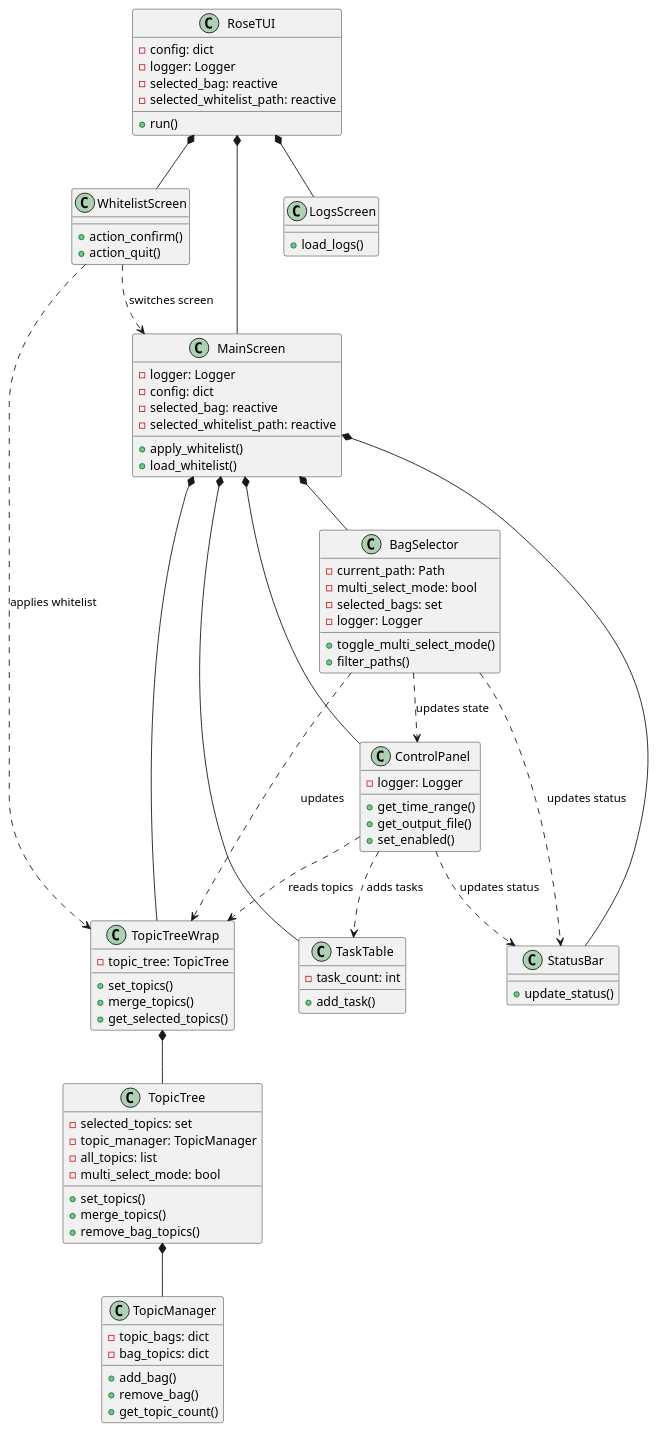
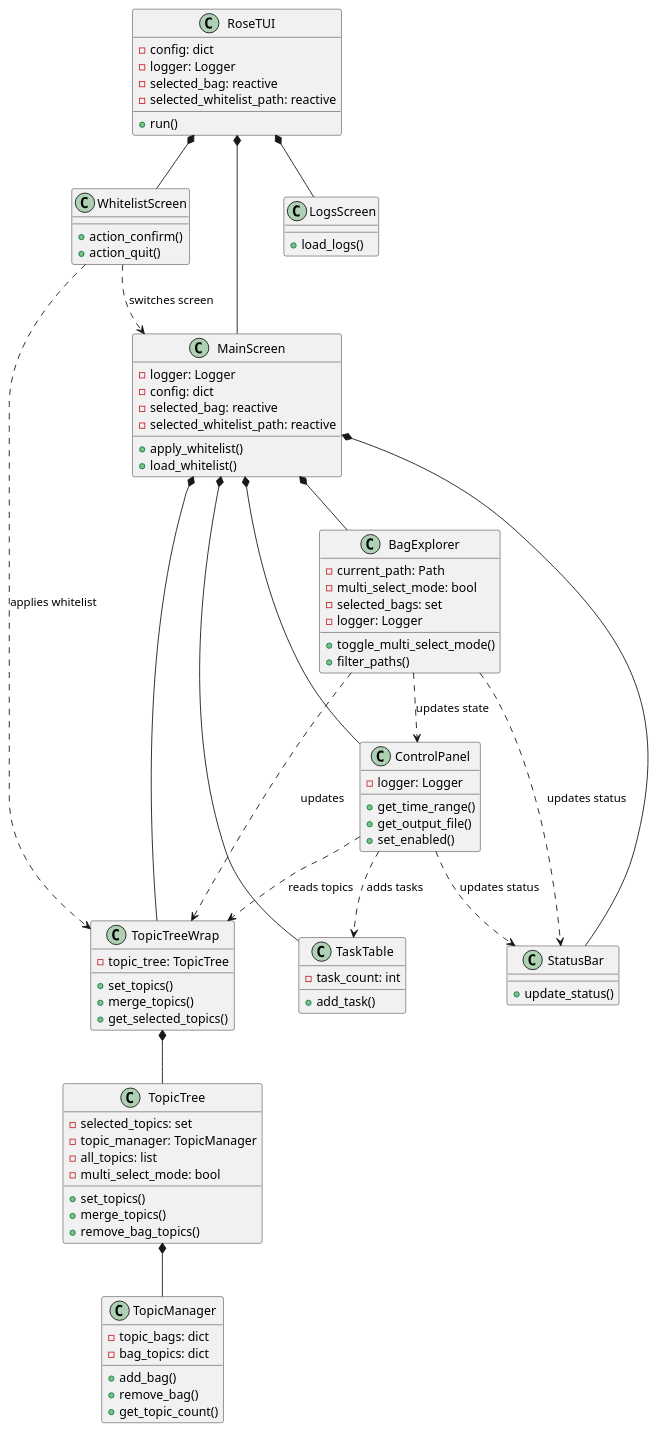
One commit to hanxiaomax/rose changed the diagram in docs/notes/dep.puml. Above: the diagram before and after it, drawn with PlantUML. The commit also changed 9 other files, not shown here.

```diff
--- a/docs/notes/dep.puml
+++ b/docs/notes/dep.puml
@@ -1,106 +1,106 @@
 @startuml TUI Components Relationship
 
 ' Define components
 class RoseTUI {
   - config: dict
   - logger: Logger
   - selected_bag: reactive
   - selected_whitelist_path: reactive
   + run()
 }
 
 class MainScreen {
   - logger: Logger
   - config: dict
   - selected_bag: reactive
   - selected_whitelist_path: reactive
   + apply_whitelist()
   + load_whitelist()
 }
 
 class TopicManager {
   - topic_bags: dict
   - bag_topics: dict
   + add_bag()
   + remove_bag()
   + get_topic_count()
 }
 
 class TopicTree {
   - selected_topics: set
   - topic_manager: TopicManager
   - all_topics: list
   - multi_select_mode: bool
   + set_topics()
   + merge_topics()
   + remove_bag_topics()
 }
 
 class TopicTreeWrap {
   - topic_tree: TopicTree
   + set_topics()
   + merge_topics()
   + get_selected_topics()
 }
 
-class BagSelector {
+class BagExplorer {
   - current_path: Path
   - multi_select_mode: bool
   - selected_bags: set
   - logger: Logger
   + toggle_multi_select_mode()
   + filter_paths()
 }
 
 class ControlPanel {
   - logger: Logger
   + get_time_range()
   + get_output_file()
   + set_enabled()
 }
 
 class TaskTable {
   - task_count: int
   + add_task()
 }
 
 class StatusBar {
   + update_status()
 }
 
 class WhitelistScreen {
   + action_confirm()
   + action_quit()
 }
 
 class LogsScreen {
   + load_logs()
 }
 
 ' Define relationships
 RoseTUI *-- MainScreen
 RoseTUI *-- WhitelistScreen
 RoseTUI *-- LogsScreen
 
-MainScreen *-- BagSelector
+MainScreen *-- BagExplorer
 MainScreen *-- TopicTreeWrap
 MainScreen *-- ControlPanel
 MainScreen *-- TaskTable
 MainScreen *-- StatusBar
 
 TopicTreeWrap *-- TopicTree
 TopicTree *-- TopicManager
 
 ' Dependencies
-BagSelector ..> TopicTreeWrap : updates
-BagSelector ..> ControlPanel : updates state
-BagSelector ..> StatusBar : updates status
+BagExplorer ..> TopicTreeWrap : updates
+BagExplorer ..> ControlPanel : updates state
+BagExplorer ..> StatusBar : updates status
 
 ControlPanel ..> TopicTreeWrap : reads topics
 ControlPanel ..> TaskTable : adds tasks
 ControlPanel ..> StatusBar : updates status
 
 WhitelistScreen ..> TopicTreeWrap : applies whitelist
 WhitelistScreen ..> MainScreen : switches screen
 
 @enduml
```
